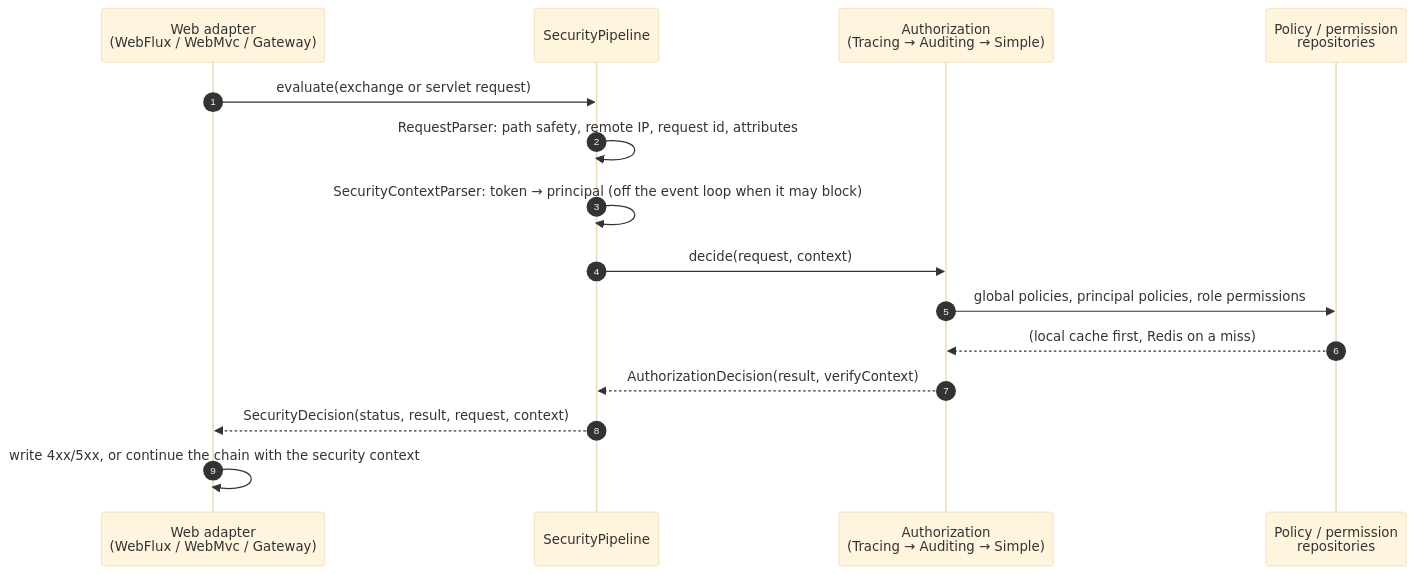
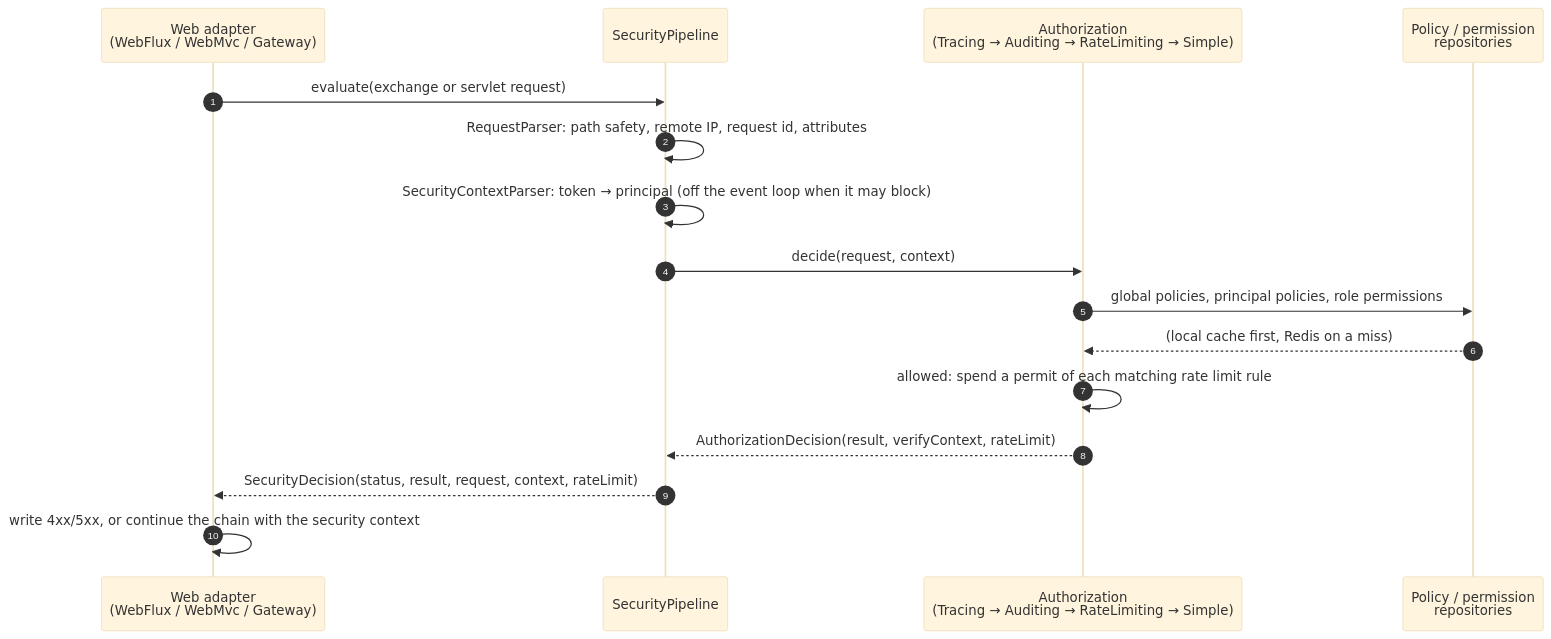
Before and after one commit to Ahoo-Wang/CoSec: the second of 2 diagrams in wiki/architecture/overview.md, drawn with Mermaid (base theme). The commit also changed other lines of this file and 96 other files, not shown here.

````diff
--- a/wiki/architecture/overview.md
+++ b/wiki/architecture/overview.md
@@ -36,17 +36,18 @@
 ```mermaid
 sequenceDiagram
     autonumber
     participant A as Web adapter<br>(WebFlux / WebMvc / Gateway)
     participant P as SecurityPipeline
-    participant Z as Authorization<br>(Tracing → Auditing → Simple)
+    participant Z as Authorization<br>(Tracing → Auditing → RateLimiting → Simple)
     participant R as Policy / permission<br>repositories
     A->>P: evaluate(exchange or servlet request)
     P->>P: RequestParser: path safety, remote IP, request id, attributes
     P->>P: SecurityContextParser: token → principal (off the event loop when it may block)
     P->>Z: decide(request, context)
     Z->>R: global policies, principal policies, role permissions
     R-->>Z: (local cache first, Redis on a miss)
-    Z-->>P: AuthorizationDecision(result, verifyContext)
-    P-->>A: SecurityDecision(status, result, request, context)
+    Z->>Z: allowed: spend a permit of each matching rate limit rule
+    Z-->>P: AuthorizationDecision(result, verifyContext, rateLimit)
+    P-->>A: SecurityDecision(status, result, request, context, rateLimit)
     A->>A: write 4xx/5xx, or continue the chain with the security context
 ```
````
